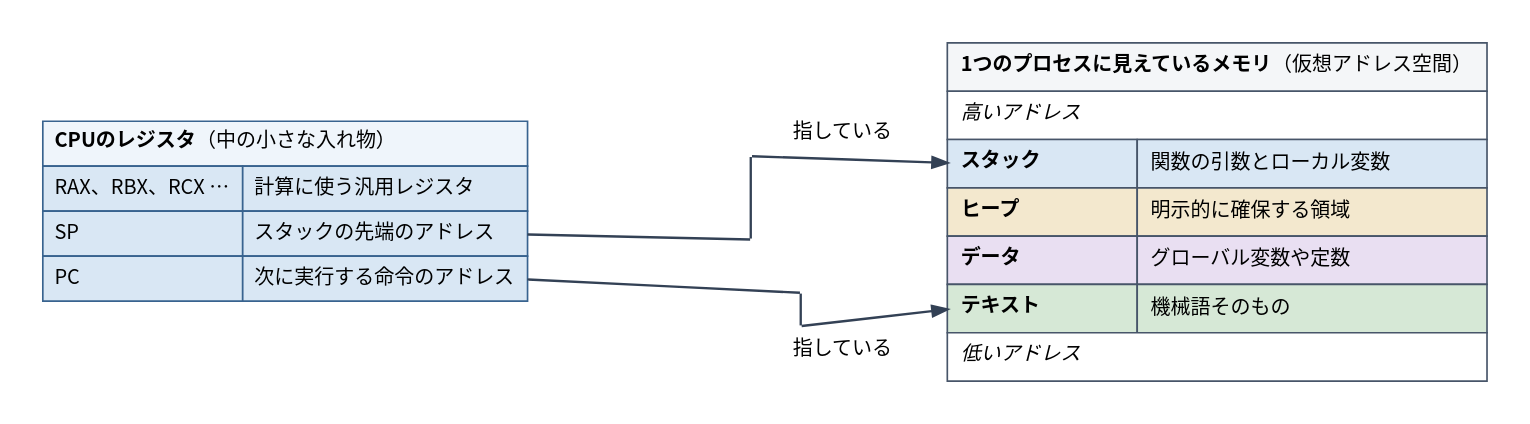
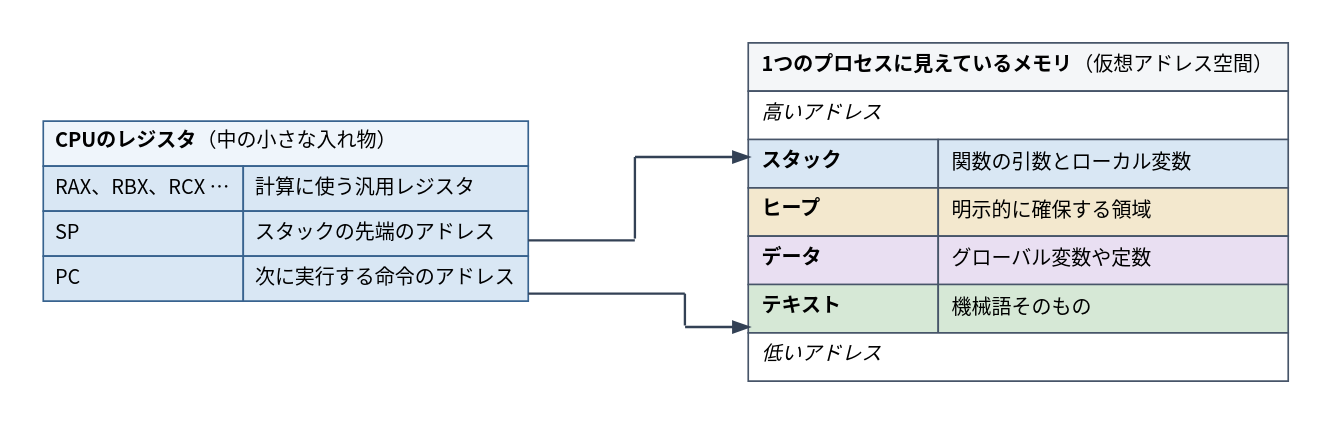
Before and after one commit to ymotongpoo/zenn.dev: the diagram in diagrams/go-ebpf-primer/20260820-memory-and-cpu.dot, drawn with Graphviz. The commit also changed 85 other files, not shown here.

First line of the commit message:
change(go-ebpf-primer): 矢印が無駄に長くなる図をlayout=dotに書き直した

```diff
--- a/diagrams/go-ebpf-primer/20260820-memory-and-cpu.dot
+++ b/diagrams/go-ebpf-primer/20260820-memory-and-cpu.dot
@@ -1,57 +1,54 @@
 // プロセスのメモリとCPU
 digraph memory_and_cpu {
   graph [
-    layout=neato, inputscale=72, splines=line,
+    layout=neato, inputscale=72, splines=ortho,
     fontname="Harano Aji Gothic,Noto Sans CJK JP,IPAGothic", fontsize=13,
     bgcolor="white", pad=0.25
   ];
   node [
     fontname="Harano Aji Gothic,Noto Sans CJK JP,IPAGothic", fontsize=12,
     shape=box, style="rounded,filled",
     fillcolor="#F1F5F9", color="#475569", penwidth=1.6,
     margin="0.2,0.14"
   ];
   edge [
     fontname="Harano Aji Gothic,Noto Sans CJK JP,IPAGothic", fontsize=11,
     color="#334155", penwidth=1.4, arrowsize=0.9,
     fontcolor="#1E293B"
   ];
 
   regs [pos="210,250!", shape=plain, style="", label=<
     <table border="0" cellborder="1" cellspacing="0" cellpadding="6" color="#38638F">
       <tr><td colspan="2" align="left" bgcolor="#EFF5FB"><b>CPUのレジスタ</b>（中の小さな入れ物）</td></tr>
       <tr><td align="left" bgcolor="#D9E7F4">RAX、RBX、RCX …</td><td align="left" bgcolor="#D9E7F4">計算に使う汎用レジスタ</td></tr>
       <tr><td align="left" bgcolor="#D9E7F4">SP</td><td port="sp" align="left" bgcolor="#D9E7F4">スタックの先端のアドレス</td></tr>
       <tr><td align="left" bgcolor="#D9E7F4">PC</td><td port="pc" align="left" bgcolor="#D9E7F4">次に実行する命令のアドレス</td></tr>
     </table>>];
 
-  mem [pos="770,250!", shape=plain, style="", label=<
+  mem [pos="650,250!", shape=plain, style="", label=<
     <table border="0" cellborder="1" cellspacing="0" cellpadding="7" color="#475569">
       <tr><td colspan="2" align="left" bgcolor="#F4F6F8"><b>1つのプロセスに見えているメモリ</b>（仮想アドレス空間）</td></tr>
       <tr><td colspan="2" align="left" bgcolor="#FFFFFF"><i>高いアドレス</i></td></tr>
       <tr><td port="stk" align="left" bgcolor="#D9E7F4"><b>スタック</b></td>
           <td align="left" bgcolor="#D9E7F4">関数の引数とローカル変数</td></tr>
       <tr><td align="left" bgcolor="#F3E8CE"><b>ヒープ</b></td>
           <td align="left" bgcolor="#F3E8CE">明示的に確保する領域</td></tr>
       <tr><td align="left" bgcolor="#E9DFF2"><b>データ</b></td>
           <td align="left" bgcolor="#E9DFF2">グローバル変数や定数</td></tr>
       <tr><td port="txt" align="left" bgcolor="#D6E8D6"><b>テキスト</b></td>
           <td align="left" bgcolor="#D6E8D6">機械語そのもの</td></tr>
       <tr><td colspan="2" align="left" bgcolor="#FFFFFF"><i>低いアドレス</i></td></tr>
     </table>>];
 
-  wa1 [pos="490,233!", shape=point, width=0.01, style=invis];
-  wa2 [pos="490,283!", shape=point, width=0.01, style=invis];
-  wb1 [pos="520,201!", shape=point, width=0.01, style=invis];
-  wb2 [pos="520,181!", shape=point, width=0.01, style=invis];
-
-  La [pos="545,297!", shape=plaintext, style="", label="指している"];
-  Lb [pos="545,167!", shape=plaintext, style="", label="指している"];
+  wa1 [pos="420,233!", shape=point, width=0.01, style=invis];
+  wa2 [pos="420,283!", shape=point, width=0.01, style=invis];
+  wb1 [pos="450,201!", shape=point, width=0.01, style=invis];
+  wb2 [pos="450,181!", shape=point, width=0.01, style=invis];
 
   regs:sp:e -> wa1 [dir=none];
   wa1 -> wa2 [dir=none];
   wa2 -> mem:stk:w;
   regs:pc:e -> wb1 [dir=none];
   wb1 -> wb2 [dir=none];
   wb2 -> mem:txt:w;
 }
```
